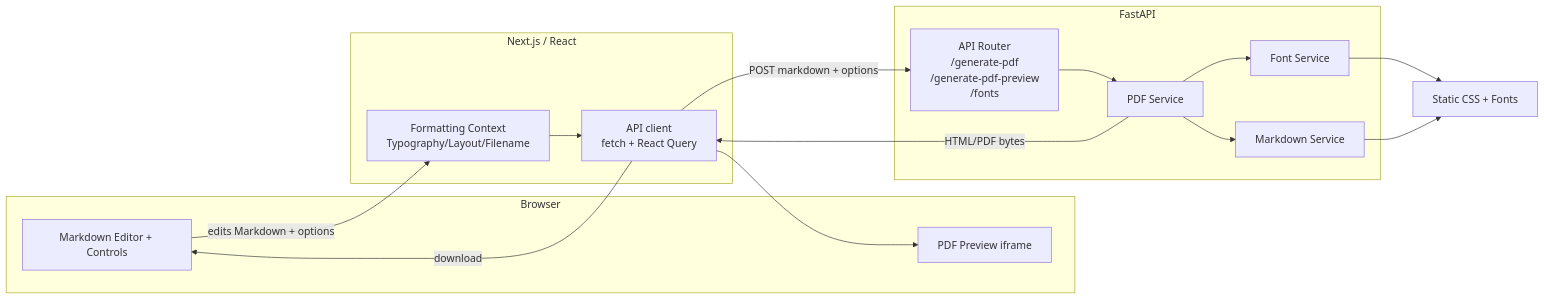
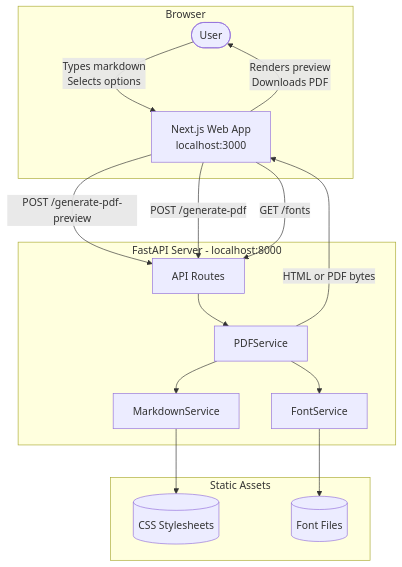
Before and after one commit to astral-matrix/markdown-to-pdf: the diagram in docs/diagrams/sources/architecture-flowchart-1.mmd, drawn with Mermaid. The commit also changed 23 other files, not shown here.

First line of the commit message:
Architecture and Spec Regenerated

```diff
--- a/docs/diagrams/sources/architecture-flowchart-1.mmd
+++ b/docs/diagrams/sources/architecture-flowchart-1.mmd
@@ -1,31 +1,29 @@
-flowchart LR
-  subgraph Browser
-    UI["Markdown Editor + Controls"]
-    Preview["PDF Preview iframe"]
-  end
+flowchart TB
+    subgraph Browser
+        User([User])
+        UI[Next.js Web App<br/>localhost:3000]
+    end
 
-  subgraph Frontend["Next.js / React"]
-    APIClient["API client<br/>fetch + React Query"]
-    State["Formatting Context<br/>Typography/Layout/Filename"]
-  end
+    subgraph Backend[FastAPI Server - localhost:8000]
+        API[API Routes]
+        PDF[PDFService]
+        MD[MarkdownService]
+        Font[FontService]
+    end
 
-  subgraph Backend[FastAPI]
-    Router["API Router<br/>/generate-pdf<br/>/generate-pdf-preview<br/>/fonts"]
-    PDFSvc[PDF Service]
-    MDService[Markdown Service]
-    FontSvc[Font Service]
-  end
+    subgraph Assets[Static Assets]
+        CSS[(CSS Stylesheets)]
+        Fonts[(Font Files)]
+    end
 
-  Assets["Static CSS + Fonts"]
-
-  UI -->|edits Markdown + options| State
-  State --> APIClient
-  APIClient -->|POST markdown + options| Router
-  Router --> PDFSvc
-  PDFSvc --> MDService
-  PDFSvc --> FontSvc
-  FontSvc --> Assets
-  MDService --> Assets
-  PDFSvc -->|HTML/PDF bytes| APIClient
-  APIClient --> Preview
-  APIClient -->|download| UI
+    User -->|Types markdown<br/>Selects options| UI
+    UI -->|POST /generate-pdf-preview| API
+    UI -->|POST /generate-pdf| API
+    UI -->|GET /fonts| API
+    API --> PDF
+    PDF --> MD
+    PDF --> Font
+    MD --> CSS
+    Font --> Fonts
+    PDF -->|HTML or PDF bytes| UI
+    UI -->|Renders preview<br/>Downloads PDF| User
```
